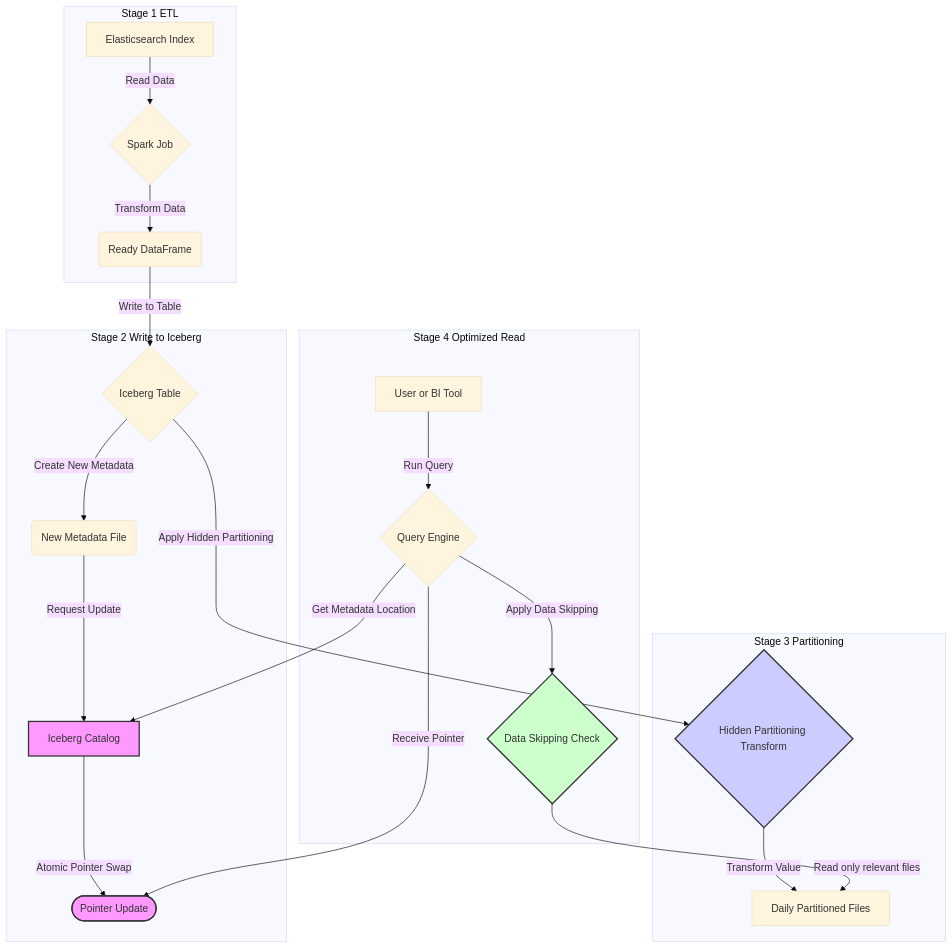
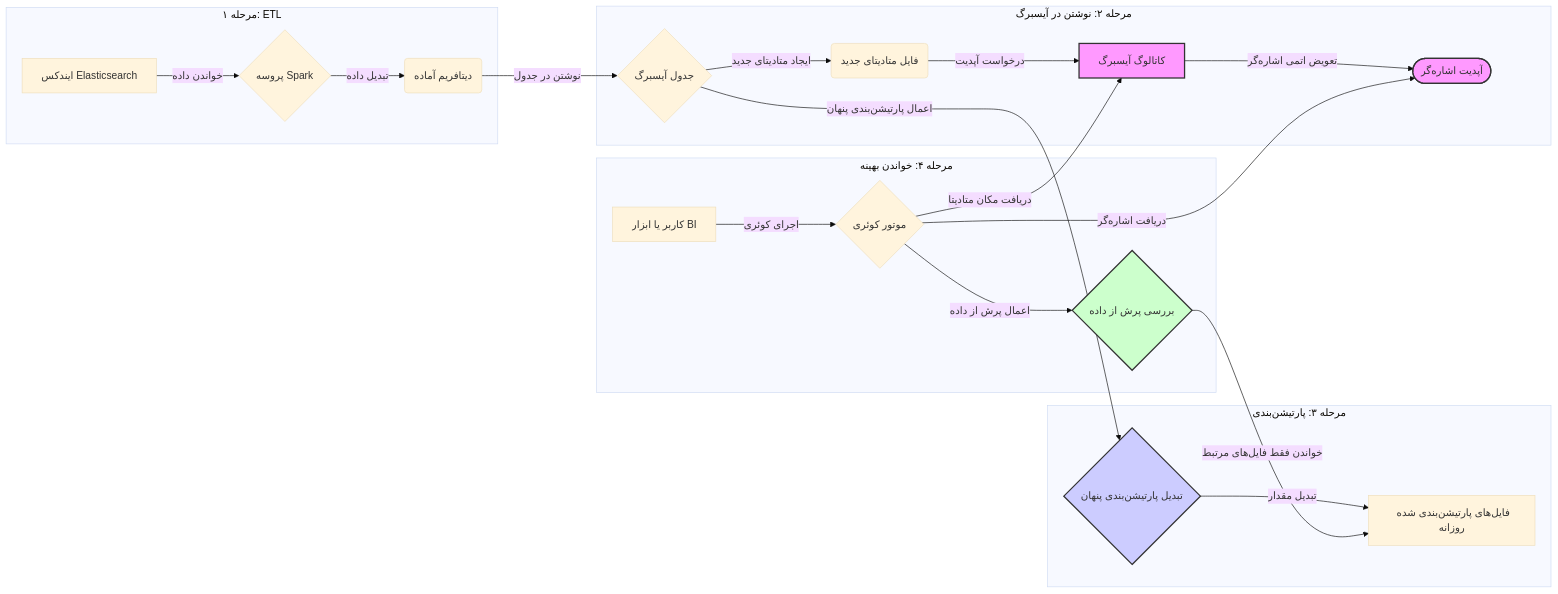
One commit to jonsonpaskal123/iceberg changed the sixth of 6 diagrams in iceberg_explanation_fa.md. Above: the diagram before and after it, drawn with Mermaid (base theme).

Commit message:
Refactor(mermaid): improve layout and translate labels to Farsi in scenario 4 diagram

````diff
--- a/iceberg_explanation_fa.md
+++ b/iceberg_explanation_fa.md
@@ -174,45 +174,45 @@
 ```mermaid
-graph TD
-    subgraph "Stage 1 ETL"
-        A["Elasticsearch Index"]
-        B{Spark Job}
-        C(Ready DataFrame)
+graph LR
+    subgraph "مرحله ۱: ETL"
+        A["ایندکس Elasticsearch"]
+        B{پروسه Spark}
+        C(دیتافریم آماده)
     end
 
-    subgraph "Stage 2 Write to Iceberg"
-        D{Iceberg Table}
-        E(New Metadata File)
-        F[Iceberg Catalog]
-        G(["Pointer Update"])
+    subgraph "مرحله ۲: نوشتن در آیسبرگ"
+        D{جدول آیسبرگ}
+        E(فایل متادیتای جدید)
+        F[کاتالوگ آیسبرگ]
+        G(["آپدیت اشاره‌گر"])
     end
 
-    subgraph "Stage 3 Partitioning"
-        H{"Hidden Partitioning Transform"}
-        I[Daily Partitioned Files]
+    subgraph "مرحله ۳: پارتیشن‌بندی"
+        H{"تبدیل پارتیشن‌بندی پنهان"}
+        I[فایل‌های پارتیشن‌بندی شده روزانه]
     end
 
-    subgraph "Stage 4 Optimized Read"
-        J[User or BI Tool]
-        K{Query Engine}
-        L{"Data Skipping Check"}
+    subgraph "مرحله ۴: خواندن بهینه"
+        J[کاربر یا ابزار BI]
+        K{موتور کوئری}
+        L{"بررسی پرش از داده"}
     end
 
-    A -- "Read Data" --> B
-    B -- "Transform Data" --> C
-    C -- "Write to Table" --> D
-    D -- "Create New Metadata" --> E
-    D -- "Apply Hidden Partitioning" --> H
-    E -- "Request Update" --> F
-    F -- "Atomic Pointer Swap" --> G
-    H -- "Transform Value" --> I
-    J -- "Run Query" --> K
-    K -- "Get Metadata Location" --> F
-    K -- "Receive Pointer" --> G
-    K -- "Apply Data Skipping" --> L
-    L -- "Read only relevant files" --> I
+    A -- "خواندن داده" --> B
+    B -- "تبدیل داده" --> C
+    C -- "نوشتن در جدول" --> D
+    D -- "ایجاد متادیتای جدید" --> E
+    D -- "اعمال پارتیشن‌بندی پنهان" --> H
+    E -- "درخواست آپدیت" --> F
+    F -- "تعویض اتمی اشاره‌گر" --> G
+    H -- "تبدیل مقدار" --> I
+    J -- "اجرای کوئری" --> K
+    K -- "دریافت مکان متادیتا" --> F
+    K -- "دریافت اشاره‌گر" --> G
+    K -- "اعمال پرش از داده" --> L
+    L -- "خواندن فقط فایل‌های مرتبط" --> I
 
     style F fill:#f9f,stroke:#333,stroke-width:2px
     style G fill:#f9f,stroke:#333,stroke-width:2px
     style H fill:#ccf,stroke:#333,stroke-width:2px
     style L fill:#cfc,stroke:#333,stroke-width:2px
 ```
````
